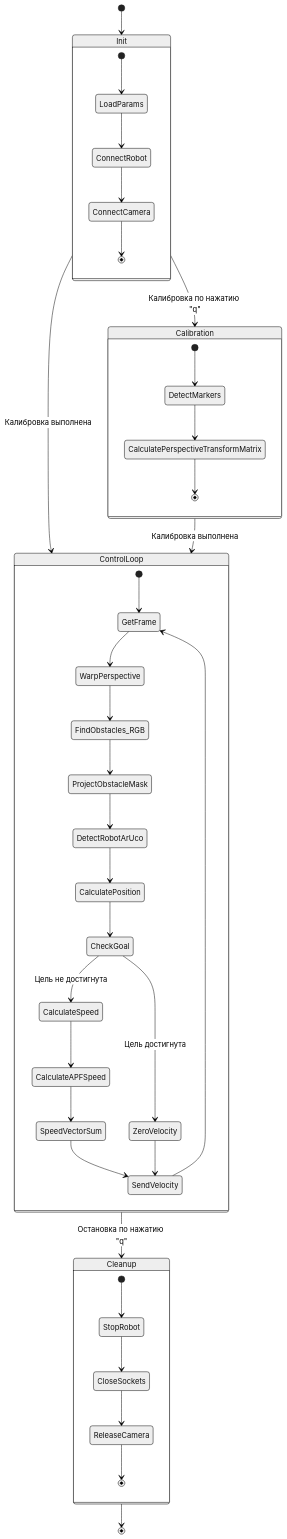
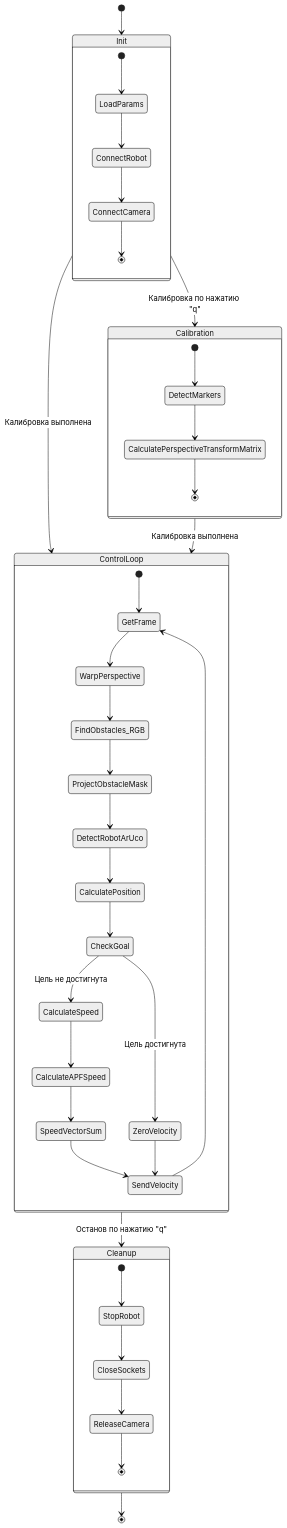
Before and after one commit to Georgius03/mag_Mobile_robots: the diagram in README.md, drawn with Mermaid (neutral theme). The commit also changed other lines of this file and 1 other file, not shown here.

````diff
--- a/README.md
+++ b/README.md
@@ -199,57 +222,43 @@
 ```mermaid
-    stateDiagram-v2
-        direction TB
-        
-        [*] --> Init
-        
-        state Init {
-            [*] --> LoadParams
-            LoadParams --> ConnectRobot
-            ConnectRobot --> ConnectCamera
-            ConnectCamera --> [*]
-        }
-        
-        
-        Init --> Calibration: Калибровка по нажатию "q"
-        Init --> ControlLoop: Калибровка выполнена
-        
-        state Calibration {
-            [*] --> DetectMarkers
-            DetectMarkers --> CalculatePerspectiveTransformMatrix
-            CalculatePerspectiveTransformMatrix --> [*]
-        }
-
-        Calibration --> ControlLoop: Калибровка выполнена
-        
-        state ControlLoop {
-            [*] --> GetFrame
-            GetFrame --> WarpPerspective
-            WarpPerspective --> FindObstacles_RGB
-            FindObstacles_RGB --> ProjectObstacleMask
-
-            ProjectObstacleMask --> DetectRobotArUco
-            
-            DetectRobotArUco --> CalculatePosition
-            
-            CalculatePosition --> CheckGoal
-            CheckGoal --> CalculateSpeed: Цель не достигнута
-            CheckGoal --> ZeroVelocity: Цель достигнута
-            
-            CalculateSpeed --> CalculateAPFSpeed
-            CalculateAPFSpeed --> SpeedVectorSum
-            SpeedVectorSum --> SendVelocity
-            ZeroVelocity --> SendVelocity
-            SendVelocity --> GetFrame
-        }
-        
-        ControlLoop --> Cleanup: Остановка по нажатию "q"
-        
-        state Cleanup {
-            [*] --> StopRobot
-            StopRobot --> CloseSockets
-            CloseSockets --> ReleaseCamera
-            ReleaseCamera --> [*]
-        }
-        
-        Cleanup --> [*]
+    stateDiagram-v2
+        direction TB
+        [*] --> Init
+        state Init {
+            [*] --> LoadParams
+            LoadParams --> ConnectRobot
+            ConnectRobot --> ConnectCamera
+            ConnectCamera --> [*]
+        }
+        Init --> Calibration: Калибровка по нажатию "q"
+        Init --> ControlLoop: Калибровка выполнена
+        state Calibration {
+            [*] --> DetectMarkers
+            DetectMarkers --> CalculatePerspectiveTransformMatrix
+            CalculatePerspectiveTransformMatrix --> [*]
+        }
+        Calibration --> ControlLoop: Калибровка выполнена
+        state ControlLoop {
+            [*] --> GetFrame
+            GetFrame --> WarpPerspective
+            WarpPerspective --> FindObstacles_RGB
+            FindObstacles_RGB --> ProjectObstacleMask
+            ProjectObstacleMask --> DetectRobotArUco
+            DetectRobotArUco --> CalculatePosition
+            CalculatePosition --> CheckGoal
+            CheckGoal --> CalculateSpeed: Цель не достигнута
+            CheckGoal --> ZeroVelocity: Цель достигнута
+            CalculateSpeed --> CalculateAPFSpeed
+            CalculateAPFSpeed --> SpeedVectorSum
+            SpeedVectorSum --> SendVelocity
+            ZeroVelocity --> SendVelocity
+            SendVelocity --> GetFrame
+        }
+        ControlLoop --> Cleanup: Останов по нажатию "q"
+        state Cleanup {
+            [*] --> StopRobot
+            StopRobot --> CloseSockets
+            CloseSockets --> ReleaseCamera
+            ReleaseCamera --> [*]
+        }
+        Cleanup --> [*]
 ```
````
